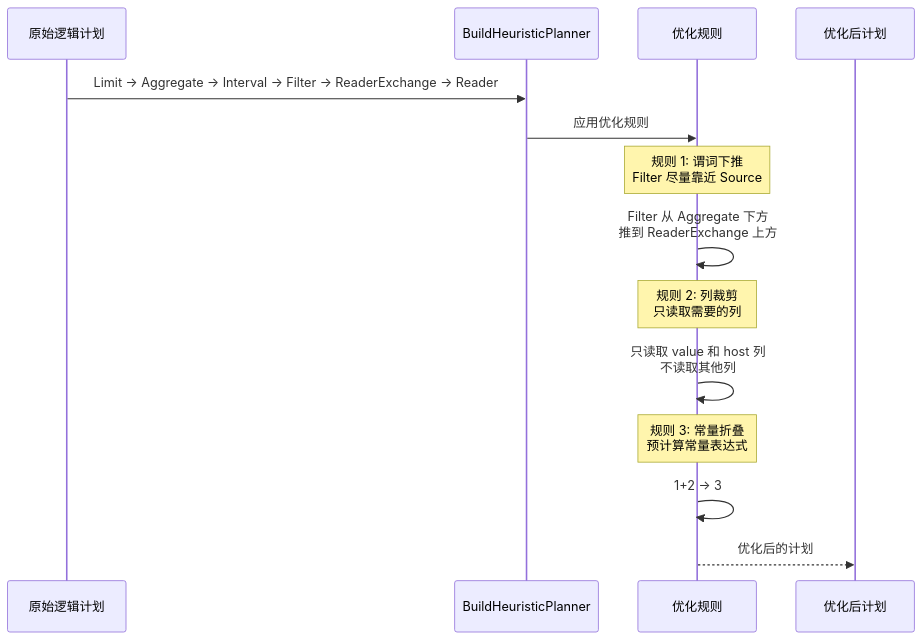
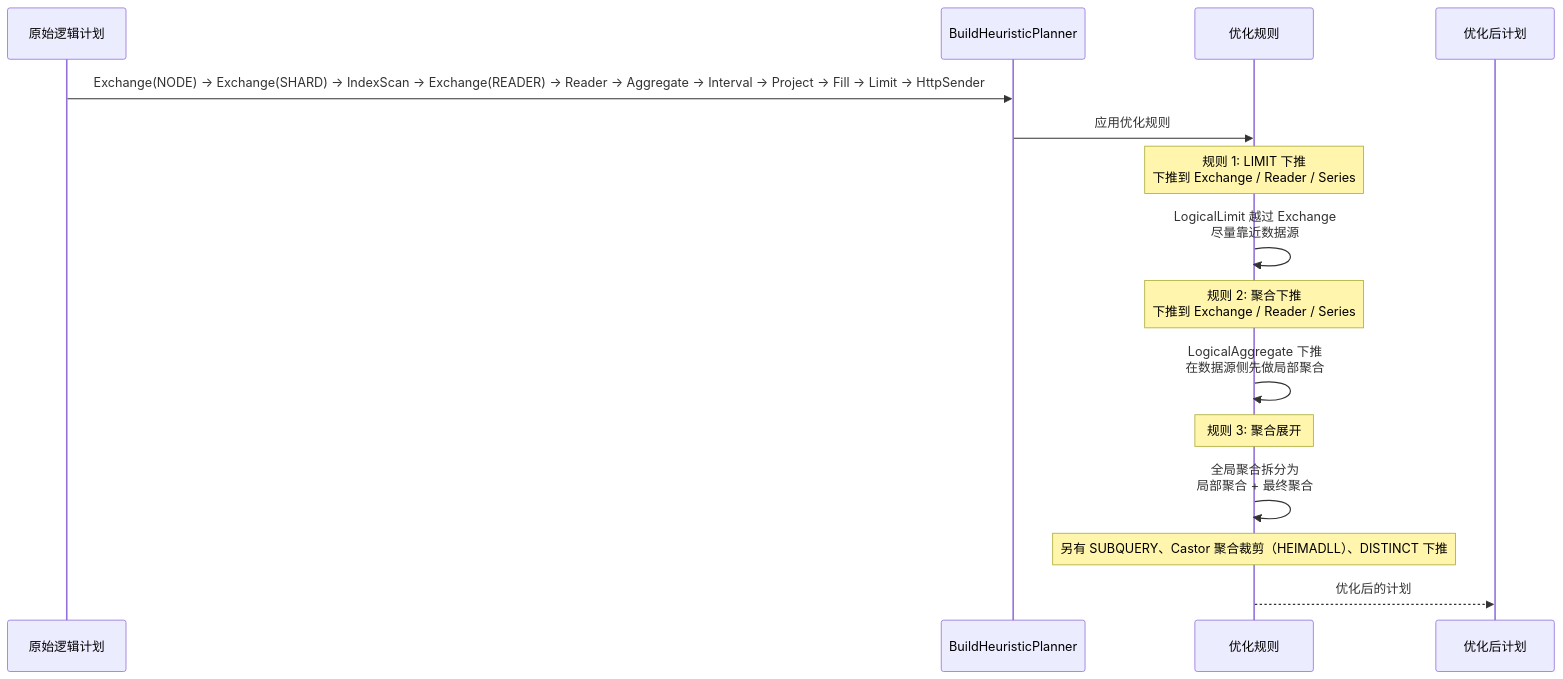
One commit to stefanv5/openGemini changed the ninth of 33 diagrams in docs/specs/03_query_engine_spec.md. Above: the diagram before and after it, drawn with Mermaid. The commit also changed other lines of this file and 37 other files, not shown here.

````diff
--- a/docs/specs/03_query_engine_spec.md
+++ b/docs/specs/03_query_engine_spec.md
@@ -651,22 +664,23 @@
 ```mermaid
 sequenceDiagram
     participant Input as 原始逻辑计划
     participant Planner as BuildHeuristicPlanner
     participant Rules as 优化规则
     participant Output as 优化后计划
 
-    Input->>Planner: Limit → Aggregate → Interval → Filter → ReaderExchange → Reader
+    Input->>Planner: Exchange(NODE) → Exchange(SHARD) → IndexScan → Exchange(READER) → Reader → Aggregate → Interval → Project → Fill → Limit → HttpSender
 
     Planner->>Rules: 应用优化规则
 
-    Note over Rules: 规则 1: 谓词下推<br/>Filter 尽量靠近 Source
-    Rules->>Rules: Filter 从 Aggregate 下方<br/>推到 ReaderExchange 上方
+    Note over Rules: 规则 1: LIMIT 下推<br/>下推到 Exchange / Reader / Series
+    Rules->>Rules: LogicalLimit 越过 Exchange<br/>尽量靠近数据源
 
-    Note over Rules: 规则 2: 列裁剪<br/>只读取需要的列
-    Rules->>Rules: 只读取 value 和 host 列<br/>不读取其他列
+    Note over Rules: 规则 2: 聚合下推<br/>下推到 Exchange / Reader / Series
+    Rules->>Rules: LogicalAggregate 下推<br/>在数据源侧先做局部聚合
 
-    Note over Rules: 规则 3: 常量折叠<br/>预计算常量表达式
-    Rules->>Rules: 1+2 → 3
+    Note over Rules: 规则 3: 聚合展开
+    Rules->>Rules: 全局聚合拆分为<br/>局部聚合 + 最终聚合
 
+    Note over Rules: 另有 SUBQUERY、Castor 聚合裁剪（HEIMADLL）、DISTINCT 下推
     Rules-->>Output: 优化后的计划
 ```
````
